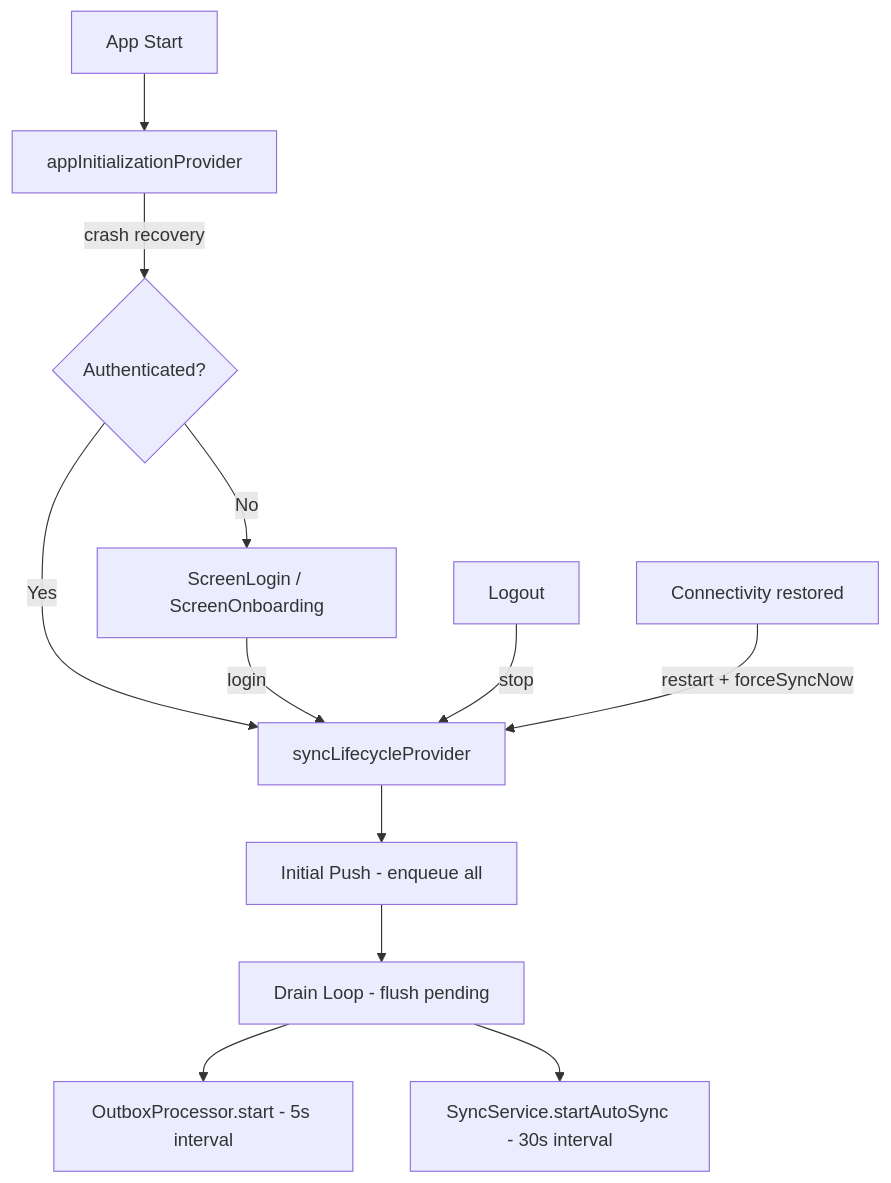
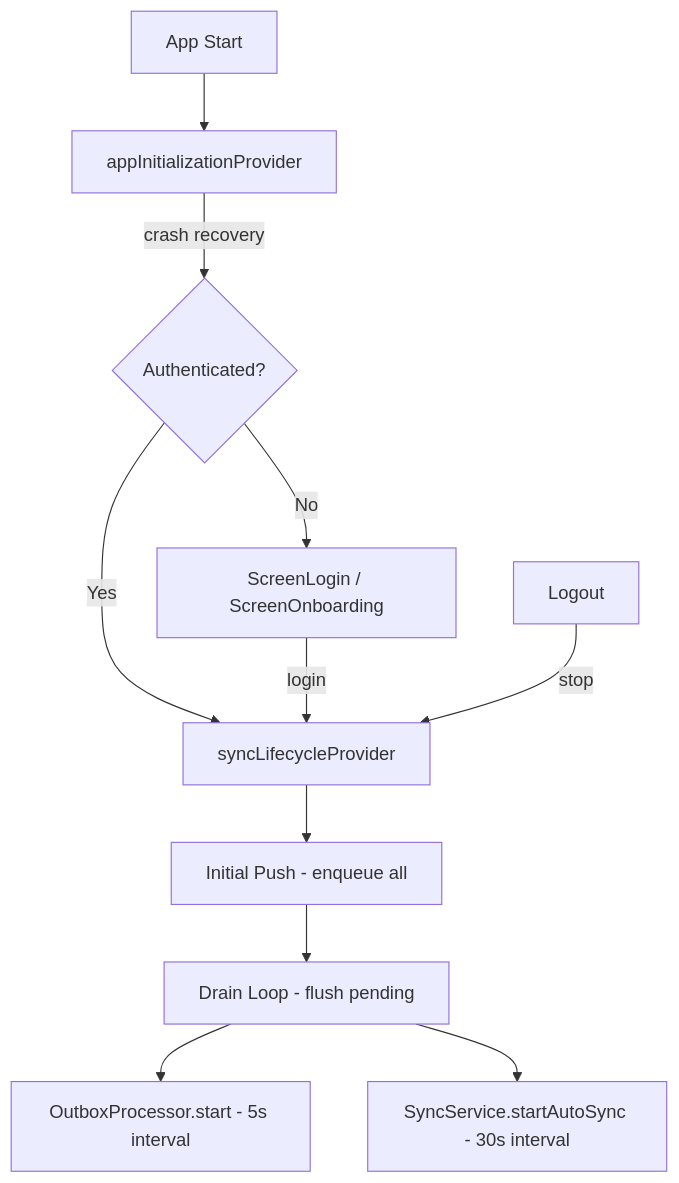
The fourth of 14 diagrams in PROJECT.md (Tomakas/deskpos), drawn with Mermaid before and after one commit. The commit also changed other lines of this file and 42 other files, not shown here.

````diff
--- a/PROJECT.md
+++ b/PROJECT.md
@@ -1380,14 +1381,14 @@
 ```mermaid
 graph TD
     START[App Start] --> INIT[appInitializationProvider]
     INIT --> |crash recovery| AUTH{Authenticated?}
     AUTH --> |No| LOGIN[ScreenLogin / ScreenOnboarding]
     AUTH --> |Yes| SYNC[syncLifecycleProvider]
     LOGIN --> |login| SYNC
     SYNC --> PUSH[Initial Push - enqueue all]
     PUSH --> DRAIN[Drain Loop - flush pending]
     DRAIN --> OUT[OutboxProcessor.start - 5s interval]
     DRAIN --> AUTO[SyncService.startAutoSync - 30s interval]
     LOGOUT[Logout] --> |stop| SYNC
-    ONLINE[Connectivity restored] --> |restart + forceSyncNow| SYNC
+    %% Connectivity restored → restart: plánováno (dosud neimplementováno)
 ```
````
